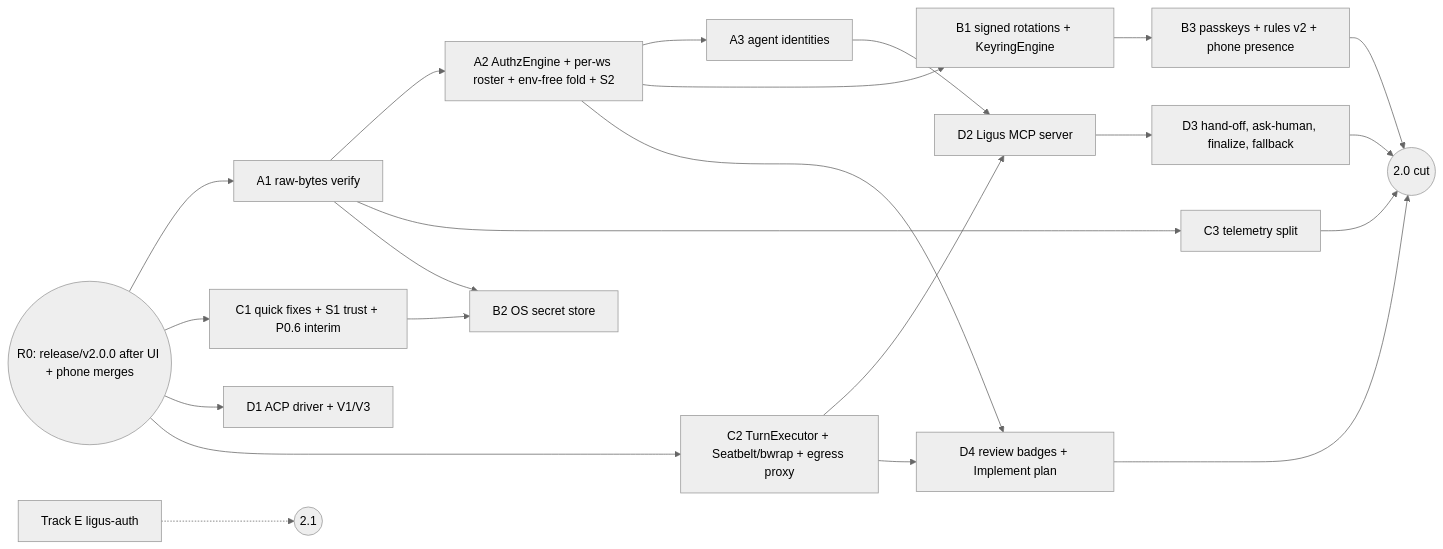
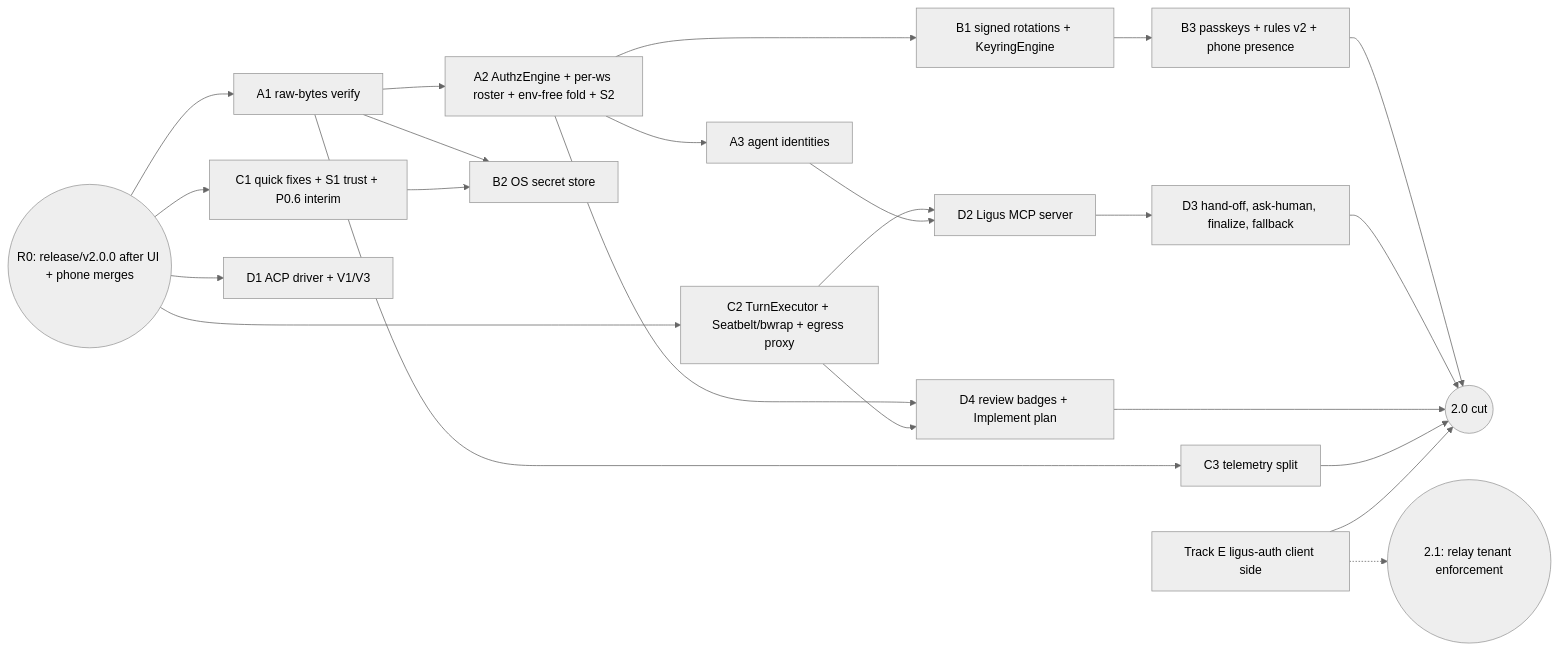
The diagram in docs/design/v2/phase0-specs.md (langstroth-ai/ligus), drawn with Mermaid (neutral theme) before and after one commit. The commit also changed other lines of this file and 2 other files, not shown here.

````diff
--- a/docs/design/v2/phase0-specs.md
+++ b/docs/design/v2/phase0-specs.md
@@ -1515,24 +1542,25 @@
 ```mermaid
 flowchart LR
   R0((R0: release/v2.0.0 after UI + phone merges)) --> A1[A1 raw-bytes verify]
   R0 --> C1[C1 quick fixes + S1 trust + P0.6 interim]
   R0 --> D1[D1 ACP driver + V1/V3]
   A1 --> A2[A2 AuthzEngine + per-ws roster + env-free fold + S2]
   A1 --> C3[C3 telemetry split]
   A1 --> B2[B2 OS secret store]
   C1 --> B2
   R0 --> C2[C2 TurnExecutor + Seatbelt/bwrap + egress proxy]
   A2 --> A3[A3 agent identities]
   A2 --> B1[B1 signed rotations + KeyringEngine]
   B1 --> B3[B3 passkeys + rules v2 + phone presence]
   C2 --> D2[D2 Ligus MCP server]
   A3 --> D2
   D2 --> D3[D3 hand-off, ask-human, finalize, fallback]
   A2 --> D4[D4 review badges + Implement plan]
   C2 --> D4
   B3 --> CUT((2.0 cut))
   D3 --> CUT
   D4 --> CUT
   C3 --> CUT
-  E[Track E ligus-auth] -.-> R21((2.1))
+  E[Track E ligus-auth client side] --> CUT
+  E -.-> R21((2.1: relay tenant enforcement))
 ```
````
